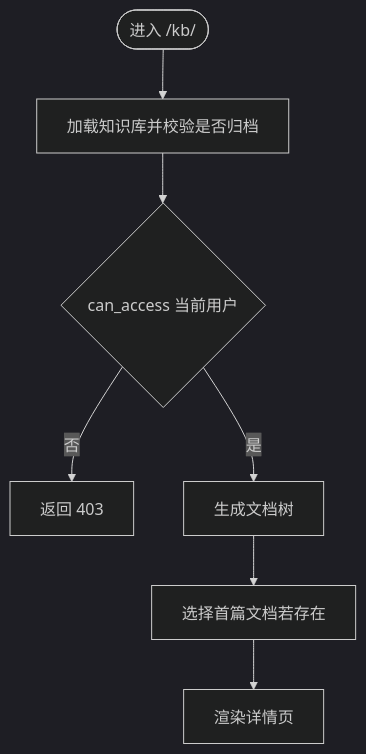
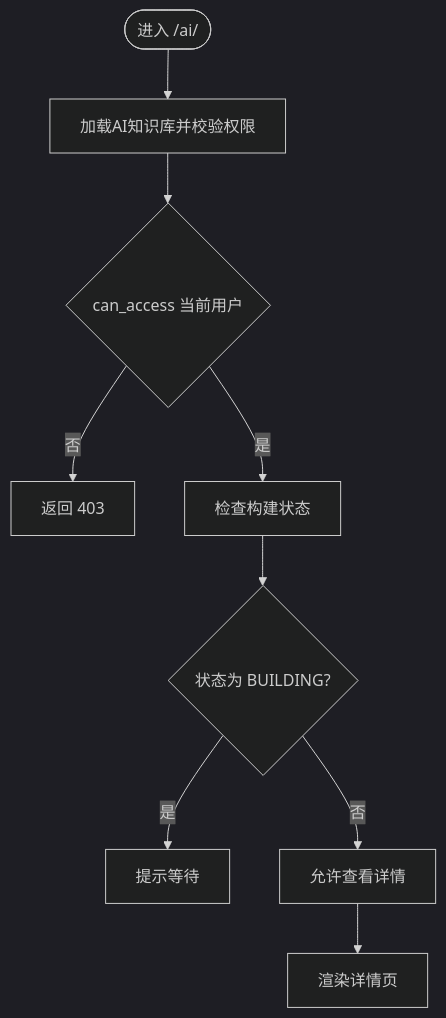
Before and after one commit to beyondalbert/my_wiki: the third of 5 diagrams in .qoder/repowiki/zh/content/核心模块/AI知识库模块/AI知识库蓝图路由.md, drawn with Mermaid (dark theme). The commit also changed other lines of this file and 10 other files, not shown here.

````diff
--- a/.qoder/repowiki/zh/content/核心模块/AI知识库模块/AI知识库蓝图路由.md
+++ b/.qoder/repowiki/zh/content/核心模块/AI知识库模块/AI知识库蓝图路由.md
@@ -176,9 +196,11 @@
 ```mermaid
 flowchart TD
-Start(["进入 /kb/<int:kb_id>"]) --> LoadKB["加载知识库并校验是否归档"]
+Start(["进入 /ai/<int:ai_kb_id>"]) --> LoadKB["加载AI知识库并校验权限"]
 LoadKB --> Access{"can_access 当前用户"}
 Access --> |否| Forbidden["返回 403"]
-Access --> |是| Tree["生成文档树"]
-Tree --> FirstDoc["选择首篇文档若存在"]
-FirstDoc --> Render["渲染详情页"]
+Access --> |是| Status["检查构建状态"]
+Status --> Build{"状态为 BUILDING?"}
+Build --> |是| Wait["提示等待"]
+Build --> |否| Ready["允许查看详情"]
+Ready --> Render["渲染详情页"]
 ```
````
